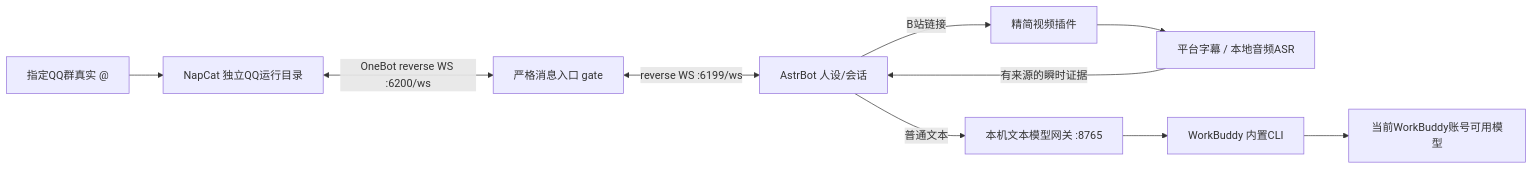
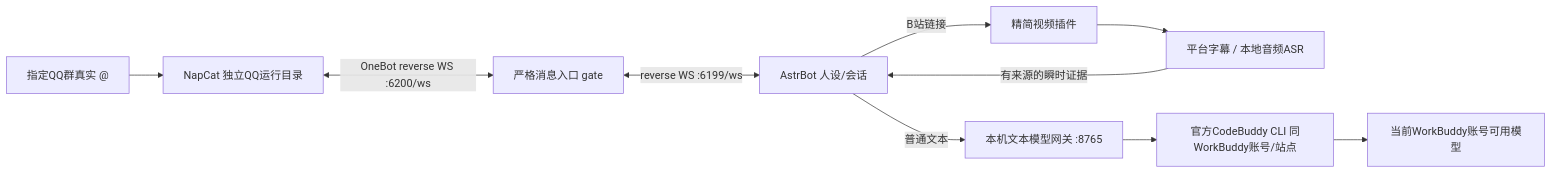
Before and after one commit to hann-8/qq-persona-bot: the diagram in tracks/laptop-workbuddy/IMPLEMENTATION_PLAN.md, drawn with Mermaid. The commit also changed other lines of this file and 22 other files, not shown here.

````diff
--- a/tracks/laptop-workbuddy/IMPLEMENTATION_PLAN.md
+++ b/tracks/laptop-workbuddy/IMPLEMENTATION_PLAN.md
@@ -17,12 +21,12 @@
 ```mermaid
 flowchart LR
   U[指定QQ群真实 @] --> N[NapCat 独立QQ运行目录]
   N <-->|OneBot reverse WS :6200/ws| F[严格消息入口 gate]
   F <-->|reverse WS :6199/ws| A[AstrBot 人设/会话]
   A -->|普通文本| W[本机文本模型网关 :8765]
   A -->|B站链接| V[精简视频插件]
   V --> T[平台字幕 / 本地音频ASR]
   T -->|有来源的瞬时证据| A
-  W --> C[WorkBuddy 内置CLI]
+  W --> C[官方CodeBuddy CLI 同WorkBuddy账号/站点]
   C --> Q[当前WorkBuddy账号可用模型]
 ```
````
